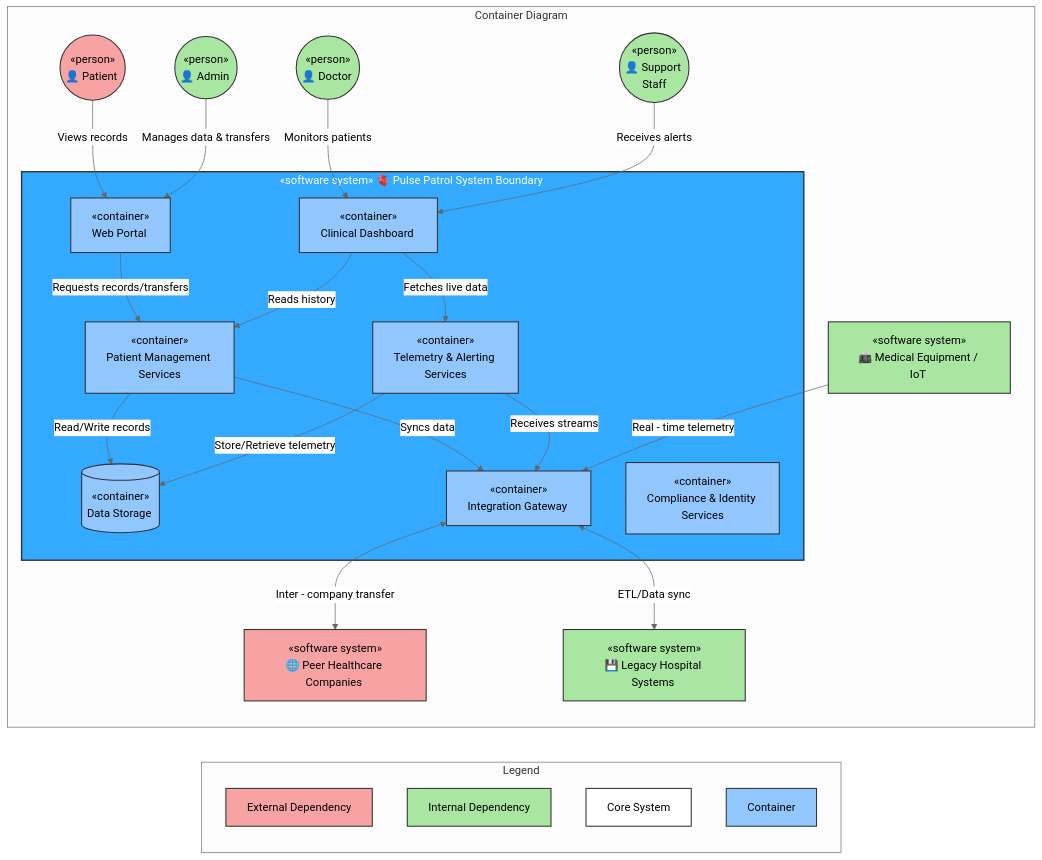
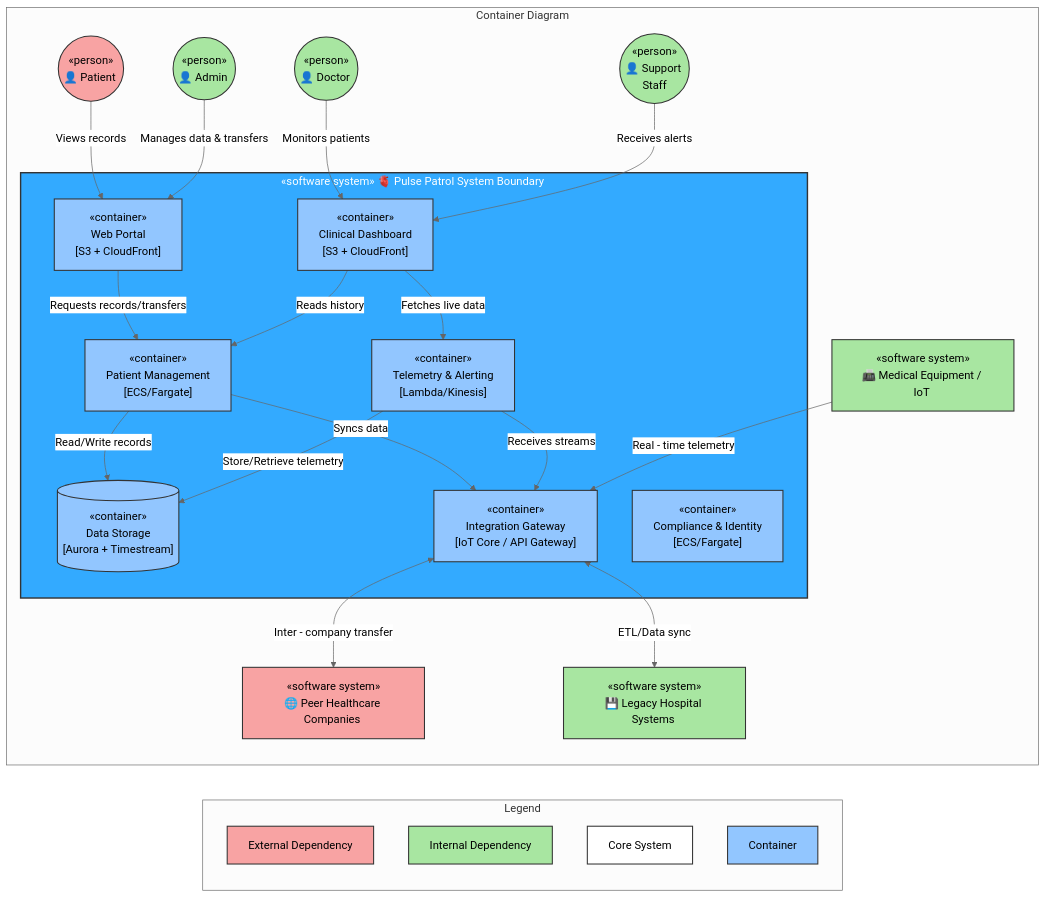
The third of 14 diagrams in docs/hw6/ARD-v6.1-rfc.md (iugori/pulse-patrol), drawn with Mermaid (neutral theme) before and after one commit.

Commit message:
hw6: mapped AWS technologies to container diagram

````diff
--- a/docs/hw6/ARD-v6.1-rfc.md
+++ b/docs/hw6/ARD-v6.1-rfc.md
@@ -459,60 +459,60 @@
 ```mermaid
 graph TB
     classDef depExt fill: #f8a3a3, stroke: #333, stroke-width: 1.5px;
     classDef depInt fill: #a8e6a1, stroke: #333, stroke-width: 1.5px;
     classDef theSys fill: white, stroke: #333, stroke-width: 1.5px;
     classDef container fill: #92c6ff, stroke: #333, stroke-width: 1.5px;
 %%-
     subgraph Legend [Legend]
         direction TB
         L1["External Dependency"]:::depExt
         L2["Internal Dependency"]:::depInt
         L3["Core System"]:::theSys
         L4["Container"]:::container
     end
     Diagram ~~~ Legend
 %%-
     subgraph Diagram ["Container Diagram"]
         direction TB
         Patient(("«person»<br/>👤 Patient&nbsp;")):::depExt
         Admin(("«person»<br/>👤 Admin&nbsp;")):::depInt
         Doctor(("«person»<br/>👤 Doctor&nbsp;")):::depInt
         Support(("«person»<br/>👤 Support&nbsp;<br/>Staff")):::depInt
 
         subgraph Pulse_Patrol_System ["«software system» 🫀 Pulse Patrol System Boundary&nbsp;"]
-            Portal["«container»<br/>Web Portal&nbsp;"]:::container
-            Dashboard["«container»<br/>Clinical Dashboard&nbsp;"]:::container
-            PMS["«container»<br/>Patient Management&nbsp;<br/>Services"]:::container
-            TAS["«container»<br/>Telemetry & Alerting&nbsp;<br/>Services"]:::container
-            Storage[("«container»<br/>Data Storage&nbsp;")]:::container
-            Gateway["«container»<br/>Integration Gateway&nbsp;"]:::container
-            CIS["«container»<br/>Compliance & Identity&nbsp;<br/>Services"]:::container
+            Portal["«container»<br/>Web Portal<br/>[S3 + CloudFront]"]:::container
+            Dashboard["«container»<br/>Clinical Dashboard<br/>[S3 + CloudFront]"]:::container
+            PMS["«container»<br/>Patient Management<br/>[ECS/Fargate]"]:::container
+            TAS["«container»<br/>Telemetry & Alerting<br/>[Lambda/Kinesis]"]:::container
+            Storage[("«container»<br/>Data Storage<br/>[Aurora + Timestream]")]:::container
+            Gateway["«container»<br/>Integration Gateway<br/>[IoT Core / API Gateway]"]:::container
+            CIS["«container»<br/>Compliance & Identity<br/>[ECS/Fargate]"]:::container
         end
 
         Peer["«software system»<br/>🌐 Peer Healthcare Companies&nbsp;"]:::depExt
         Equipment["«software system»<br/>📠 Medical Equipment / IoT&nbsp;"]:::depInt
         Legacy["«software system»<br/>💾 Legacy Hospital Systems&nbsp;"]:::depInt
     end
 %% User Interactions
     Patient -->|Views records| Portal
     Admin -->|Manages data & transfers| Portal
     Doctor -->|Monitors patients| Dashboard
     Support -->|Receives alerts| Dashboard
 %% Internal Routing
     Portal -->|Requests records/transfers| PMS
     Dashboard -->|Fetches live data| TAS
     Dashboard -->|Reads history| PMS
 %% Core Logic to Storage
     PMS -->|Read/Write records| Storage
     TAS -->|Store/Retrieve telemetry| Storage
 %% Integration Logic
     PMS -->|Syncs data| Gateway
     TAS -->|Receives streams| Gateway
 %% External System Connections
     Gateway <-->|Inter - company transfer| Peer
     Equipment -->|Real - time telemetry| Gateway
     Gateway <-->|ETL/Data sync| Legacy
 %% Grouping Styling
     class Pulse_Patrol_System theSys
     style Pulse_Patrol_System fill: #33aaff, color: #fff, stroke: #333, stroke-width: 2px
 ```
````
